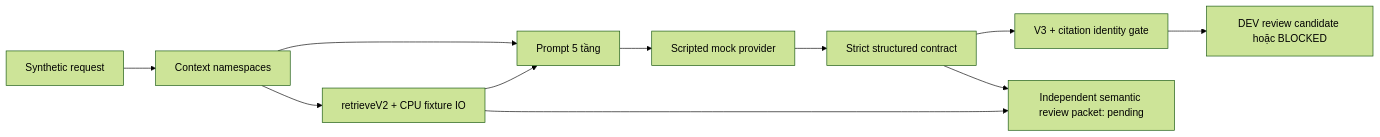
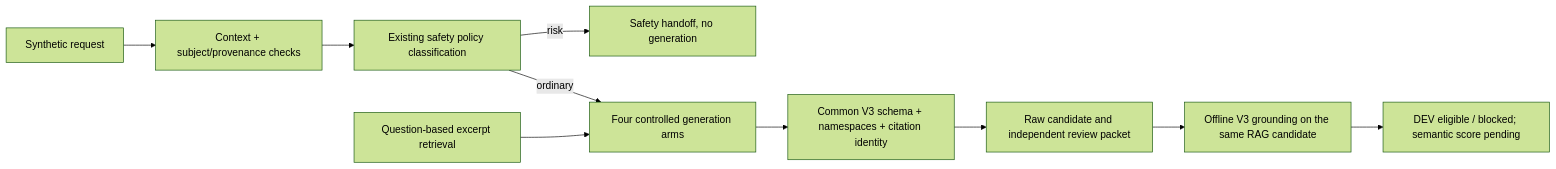
The diagram in docs/research/ai-coach-dev-architecture.md (trmizy/fitness-assistant), drawn with Mermaid (forest theme) before and after one commit. The commit also changed other lines of this file and 8 other files, not shown here.

Commit message:
test(ai): prepare controlled evaluation protocol and blocker handoff

````diff
--- a/docs/research/ai-coach-dev-architecture.md
+++ b/docs/research/ai-coach-dev-architecture.md
@@ -33,13 +24,12 @@
 ```mermaid
 flowchart LR
-  A[Synthetic request] --> B[Context namespaces]
-  B --> C[retrieveV2 + CPU fixture IO]
-  B --> D[Prompt 5 tầng]
-  C --> D
-  D --> E[Scripted mock provider]
-  E --> F[Strict structured contract]
-  F --> G[V3 + citation identity gate]
-  G --> H[DEV review candidate hoặc BLOCKED]
-  F --> I[Independent semantic review packet: pending]
-  C --> I
+ A[Synthetic request] --> B[Context + subject/provenance checks]
+ B --> S[Existing safety policy classification]
+ S -->|risk| H[Safety handoff, no generation]
+ S -->|ordinary| C[Four controlled generation arms]
+ R[Question-based excerpt retrieval] --> C
+ C --> D[Common V3 schema + namespaces + citation identity]
+ D --> E[Raw candidate and independent review packet]
+ E --> F[Offline V3 grounding on the same RAG candidate]
+ F --> G[DEV eligible / blocked; semantic score pending]
 ```
````
